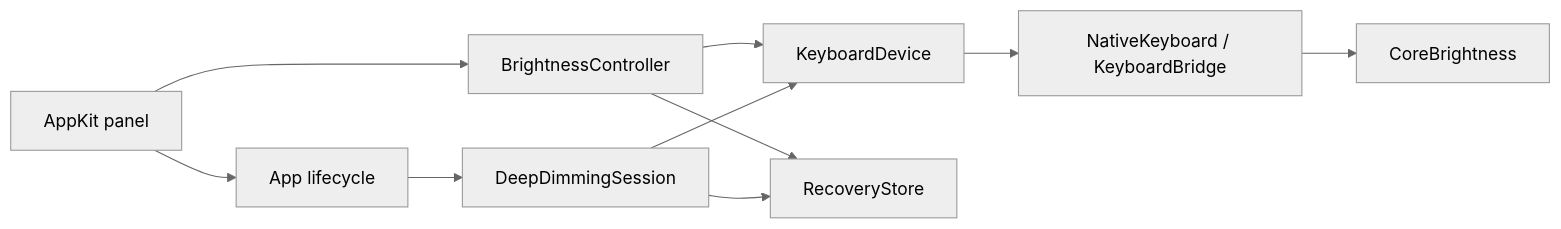
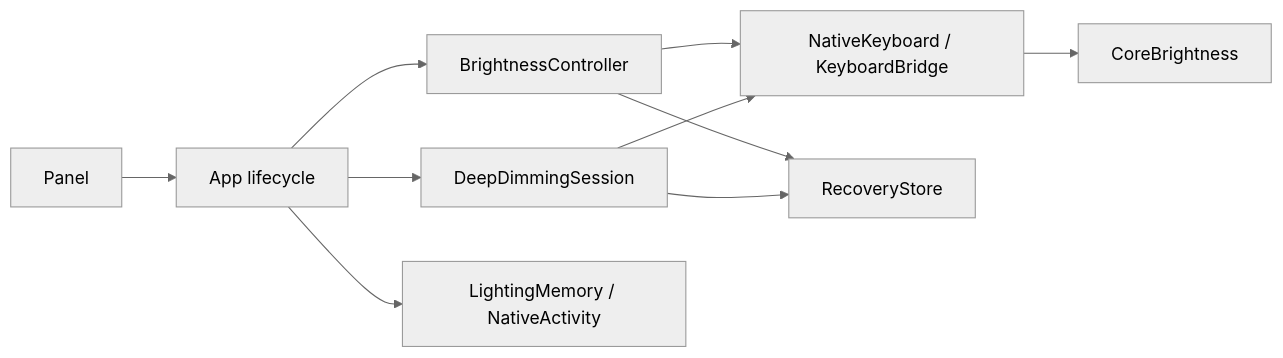
One commit to anishcreations/nighty-keyboard changed the diagram in docs/ARCHITECTURE.md. Above: the diagram before and after it, drawn with Mermaid (neutral theme). The commit also changed other lines of this file and 10 other files, not shown here.

````diff
--- a/docs/ARCHITECTURE.md
+++ b/docs/ARCHITECTURE.md
@@ -6,12 +6,12 @@
 ```mermaid
 flowchart LR
-    UI[AppKit panel] --> Steady[BrightnessController]
-    UI --> Host[App lifecycle]
+    Panel --> Host[App lifecycle]
+    Host --> Steady[BrightnessController]
     Host --> Deep[DeepDimmingSession]
-    Steady --> Device[KeyboardDevice]
-    Deep --> Device
-    Device --> Bridge[NativeKeyboard / KeyboardBridge]
+    Host --> Memory[LightingMemory / NativeActivity]
+    Steady --> Bridge[NativeKeyboard / KeyboardBridge]
+    Deep --> Bridge
     Bridge --> OS[CoreBrightness]
-    Steady --> Store[RecoveryStore]
-    Deep --> Store
+    Steady --> Recovery[RecoveryStore]
+    Deep --> Recovery
 ```
````
